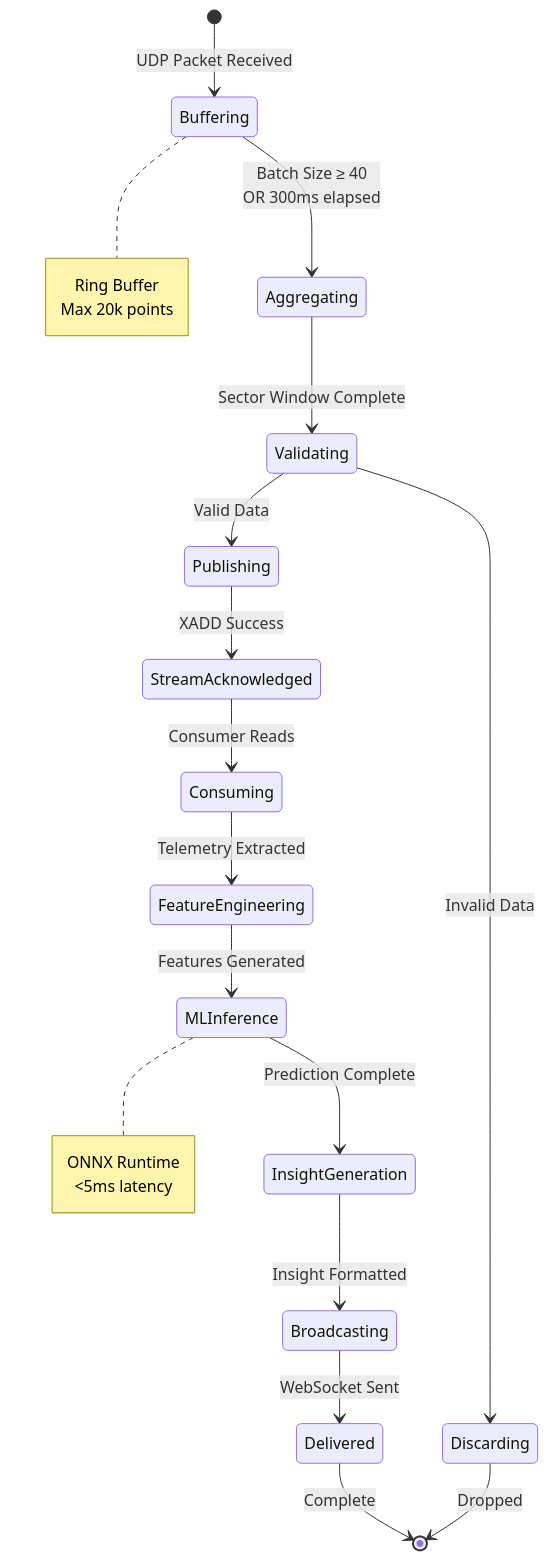
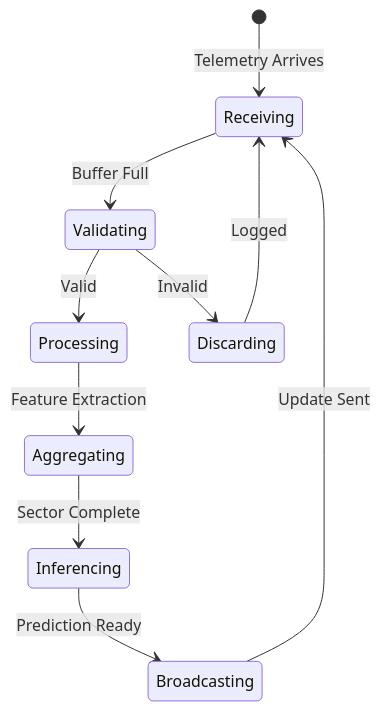
Before and after one commit to lucylow/blank-slate-canvas: diagram 12 of 27 in README.md, drawn with Mermaid. The commit also changed other lines of this file and 2 other files, not shown here.

````diff
--- a/README.md
+++ b/README.md
@@ -540,31 +601,12 @@
 ```mermaid
 stateDiagram-v2
-    [*] --> Buffering: UDP Packet Received
-    Buffering --> Aggregating: Batch Size ≥ 40<br/>OR 300ms elapsed
-    Aggregating --> Validating: Sector Window Complete
-    Validating --> Publishing: Valid Data
-    Validating --> Discarding: Invalid Data
-    
-    Publishing --> StreamAcknowledged: XADD Success
-    StreamAcknowledged --> Consuming: Consumer Reads
-    
-    Consuming --> FeatureEngineering: Telemetry Extracted
-    FeatureEngineering --> MLInference: Features Generated
-    MLInference --> InsightGeneration: Prediction Complete
-    InsightGeneration --> Broadcasting: Insight Formatted
-    
-    Broadcasting --> Delivered: WebSocket Sent
-    Delivered --> [*]: Complete
-    
-    Discarding --> [*]: Dropped
-    
-    note right of Buffering
-        Ring Buffer
-        Max 20k points
-    end note
-    
-    note right of MLInference
-        ONNX Runtime
-        <5ms latency
-    end note
+    [*] --> Receiving: Telemetry Arrives
+    Receiving --> Validating: Buffer Full
+    Validating --> Processing: Valid
+    Validating --> Discarding: Invalid
+    Processing --> Aggregating: Feature Extraction
+    Aggregating --> Inferencing: Sector Complete
+    Inferencing --> Broadcasting: Prediction Ready
+    Broadcasting --> Receiving: Update Sent
+    Discarding --> Receiving: Logged
 ```
````
